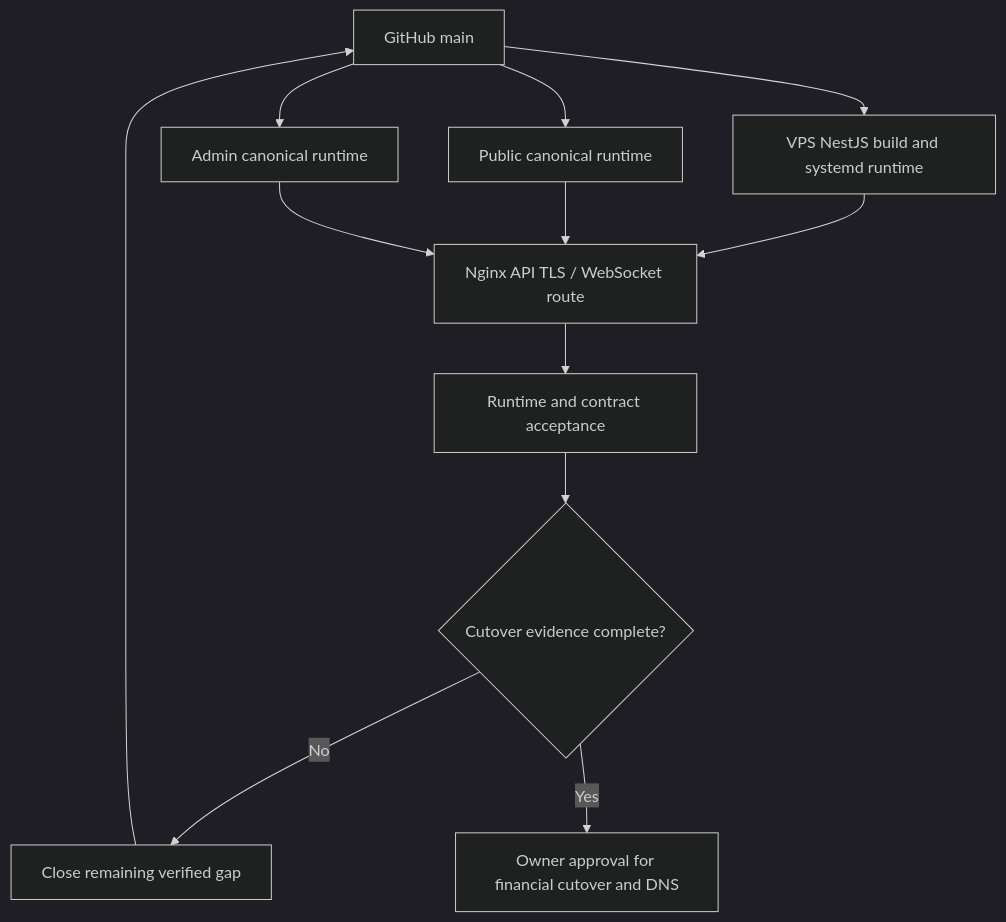
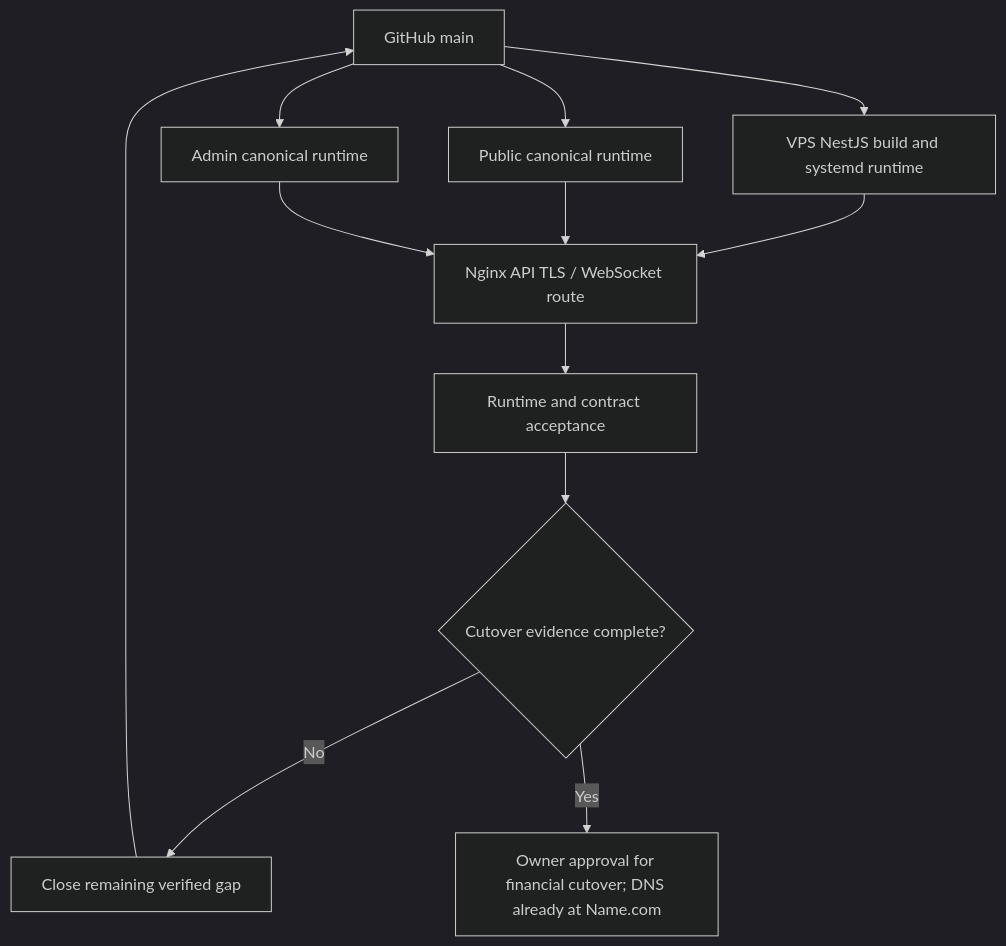
The fourth of 5 diagrams in docs/architecture/NEXI_ARCHITECTURE_DIAGRAMS.md (Mellonelay/Nexi), drawn with Mermaid (dark theme) before and after one commit. The commit also changed other lines of this file and 19 other files, not shown here.

````diff
--- a/docs/architecture/NEXI_ARCHITECTURE_DIAGRAMS.md
+++ b/docs/architecture/NEXI_ARCHITECTURE_DIAGRAMS.md
@@ -79,14 +79,14 @@
 ```mermaid
 flowchart TD
   G["GitHub main"] --> B["VPS NestJS build and systemd runtime"]
   G --> P["Public canonical runtime"]
   G --> A["Admin canonical runtime"]
   B --> N["Nginx API TLS / WebSocket route"]
   P --> N
   A --> N
   N --> Q["Runtime and contract acceptance"]
   Q --> F{"Cutover evidence complete?"}
   F -- No --> C["Close remaining verified gap"]
   C --> G
-  F -- Yes --> O["Owner approval for financial cutover and DNS"]
+  F -- Yes --> O["Owner approval for financial cutover; DNS already at Name.com"]
 ```
````
